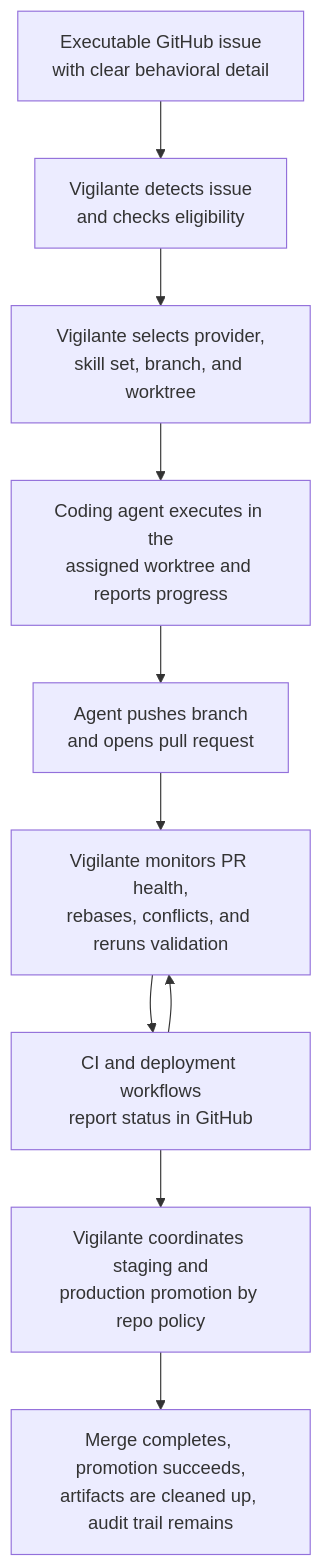
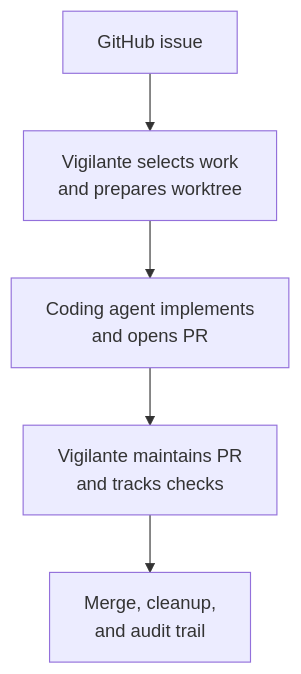
The diagram in README.md (aliengiraffe/vigilante), drawn with Mermaid before and after one commit.

Commit message:
Simplify README workflow diagram

````diff
--- a/README.md
+++ b/README.md
@@ -98,15 +98,10 @@
 ```mermaid
 flowchart TD
-    A[Executable GitHub issue<br/>with clear behavioral detail]
-    B[Vigilante detects issue<br/>and checks eligibility]
-    C[Vigilante selects provider,<br/>skill set, branch, and worktree]
-    D[Coding agent executes in the<br/>assigned worktree and reports progress]
-    E[Agent pushes branch<br/>and opens pull request]
-    F[Vigilante monitors PR health,<br/>rebases, conflicts, and reruns validation]
-    G[CI and deployment workflows<br/>report status in GitHub]
-    H[Vigilante coordinates staging and<br/>production promotion by repo policy]
-    I[Merge completes, promotion succeeds,<br/>artifacts are cleaned up, audit trail remains]
+    A[GitHub issue]
+    B[Vigilante selects work<br/>and prepares worktree]
+    C[Coding agent implements<br/>and opens PR]
+    D[Vigilante maintains PR<br/>and tracks checks]
+    E[Merge, cleanup,<br/>and audit trail]
 
-    A --> B --> C --> D --> E --> F --> G --> H --> I
-    G --> F
+    A --> B --> C --> D --> E
 ```
````
